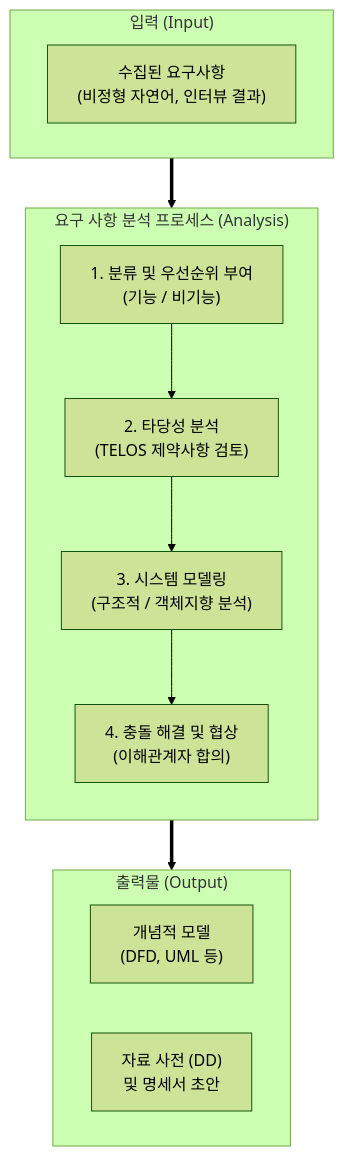
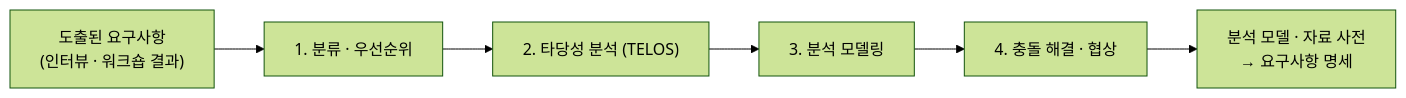
One commit to supremethumb/supremethumb.github.io changed the diagram in content/01_IT Tech/요구 사항 분석.md. Above: the diagram before and after it, drawn with Mermaid (forest theme). The commit also changed other lines of this file and 1087 other files, not shown here.

````diff
--- a/content/01_IT Tech/요구 사항 분석.md
+++ b/content/01_IT Tech/요구 사항 분석.md
@@ -27,26 +35,8 @@
 ```mermaid
-flowchart TB
-    subgraph Input ["입력 (Input)"]
-        RawReq["수집된 요구사항<br/>(비정형 자연어, 인터뷰 결과)"]
-    end
-
-    subgraph Analysis_Process ["요구 사항 분석 프로세스 (Analysis)"]
-        direction TB
-        Classify["1. 분류 및 우선순위 부여<br/>(기능 / 비기능)"]
-        Feasibility["2. 타당성 분석<br/>(TELOS 제약사항 검토)"]
-        Modeling["3. 시스템 모델링<br/>(구조적 / 객체지향 분석)"]
-        Resolve["4. 충돌 해결 및 협상<br/>(이해관계자 합의)"]
-        
-        Classify --> Feasibility --> Modeling --> Resolve
-    end
-
-    subgraph Output ["출력물 (Output)"]
-        direction LR
-        Model_Out["개념적 모델<br/>(DFD, UML 등)"]
-        DD_Out["자료 사전 (DD)<br/>및 명세서 초안"]
-    end
-
-    Input ==> Analysis_Process
-    Resolve ==> Output
-
+flowchart LR
+    IN["도출된 요구사항<br/>(인터뷰 · 워크숍 결과)"] --> C1["1. 분류 · 우선순위"]
+    C1 --> C2["2. 타당성 분석 (TELOS)"]
+    C2 --> C3["3. 분석 모델링"]
+    C3 --> C4["4. 충돌 해결 · 협상"]
+    C4 --> OUT["분석 모델 · 자료 사전<br/>→ 요구사항 명세"]
 ```
````
